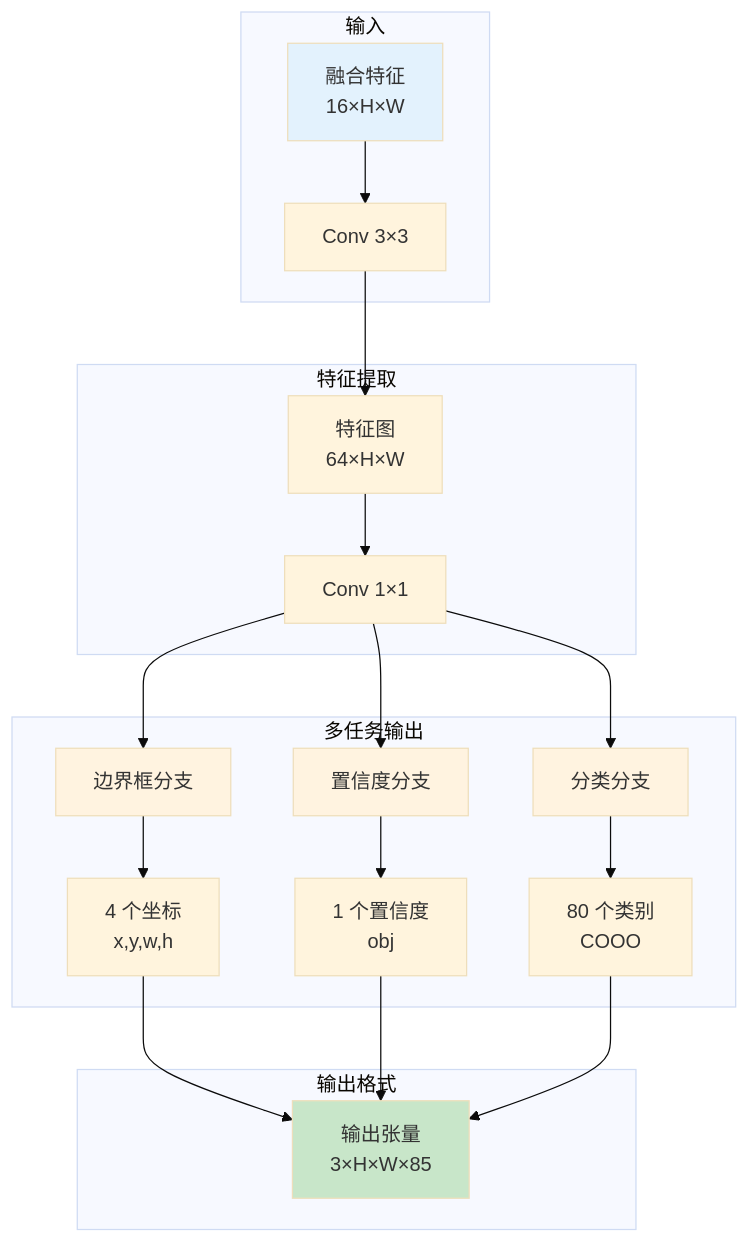
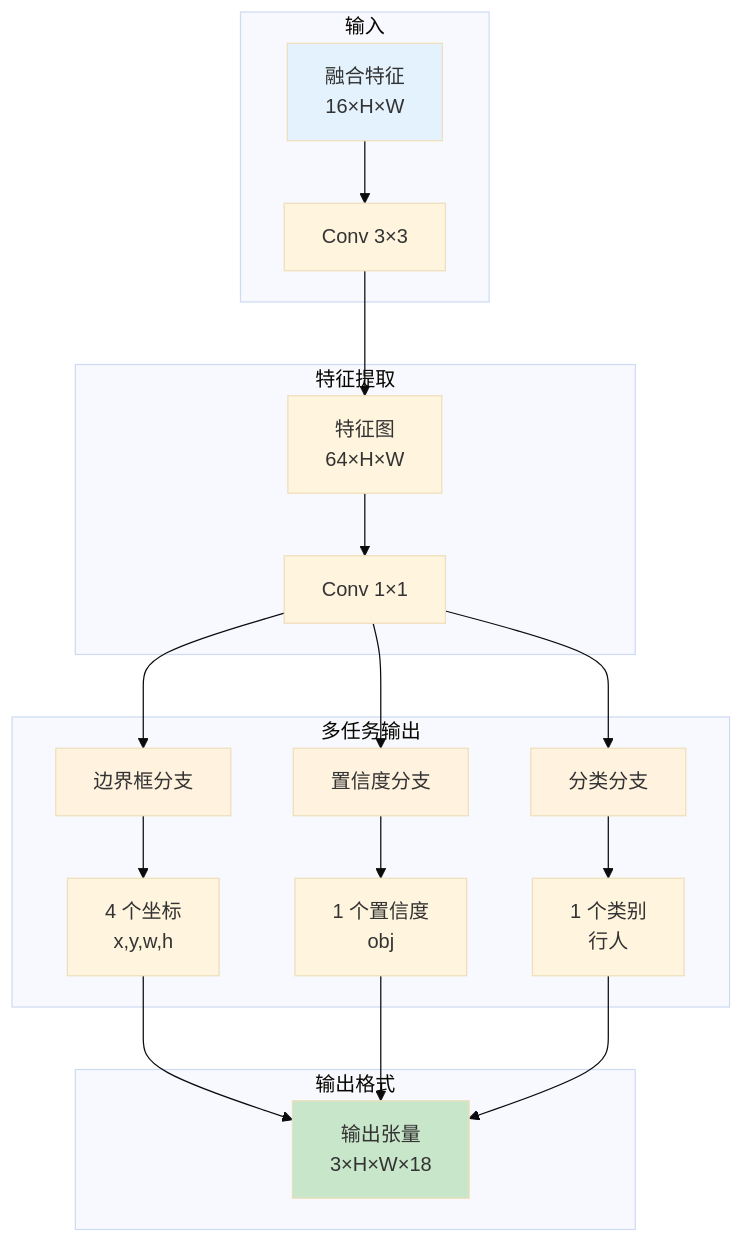
Before and after one commit to moonway0127/yolo_low_light_enhance: the eighth of 14 diagrams in README.md, drawn with Mermaid (base theme). The commit also changed other lines of this file and 8 other files, not shown here.

````diff
--- a/README.md
+++ b/README.md
@@ -298,33 +302,33 @@
 ```mermaid
 graph TB
     subgraph 输入
         A[融合特征<br/>16×H×W] --> B[Conv 3×3]
     end
     
     subgraph 特征提取
         B --> C[特征图<br/>64×H×W]
         C --> D[Conv 1×1]
     end
     
     subgraph 多任务输出
         D --> E[边界框分支]
         D --> F[置信度分支]
         D --> G[分类分支]
         
         E --> H[4 个坐标<br/>x,y,w,h]
         F --> I[1 个置信度<br/>obj]
-        G --> J[80 个类别<br/>COOO]
+        G --> J[1 个类别<br/>行人]
     end
     
     subgraph 输出格式
-        H --> K[输出张量<br/>3×H×W×85]
+        H --> K[输出张量<br/>3×H×W×18]
         I --> K
         J --> K
     end
     
     style A fill:#e3f2fd
     style K fill:#c8e6c9
     style E fill:#fff3e0
     style F fill:#fff3e0
     style G fill:#fff3e0
 ```
````
